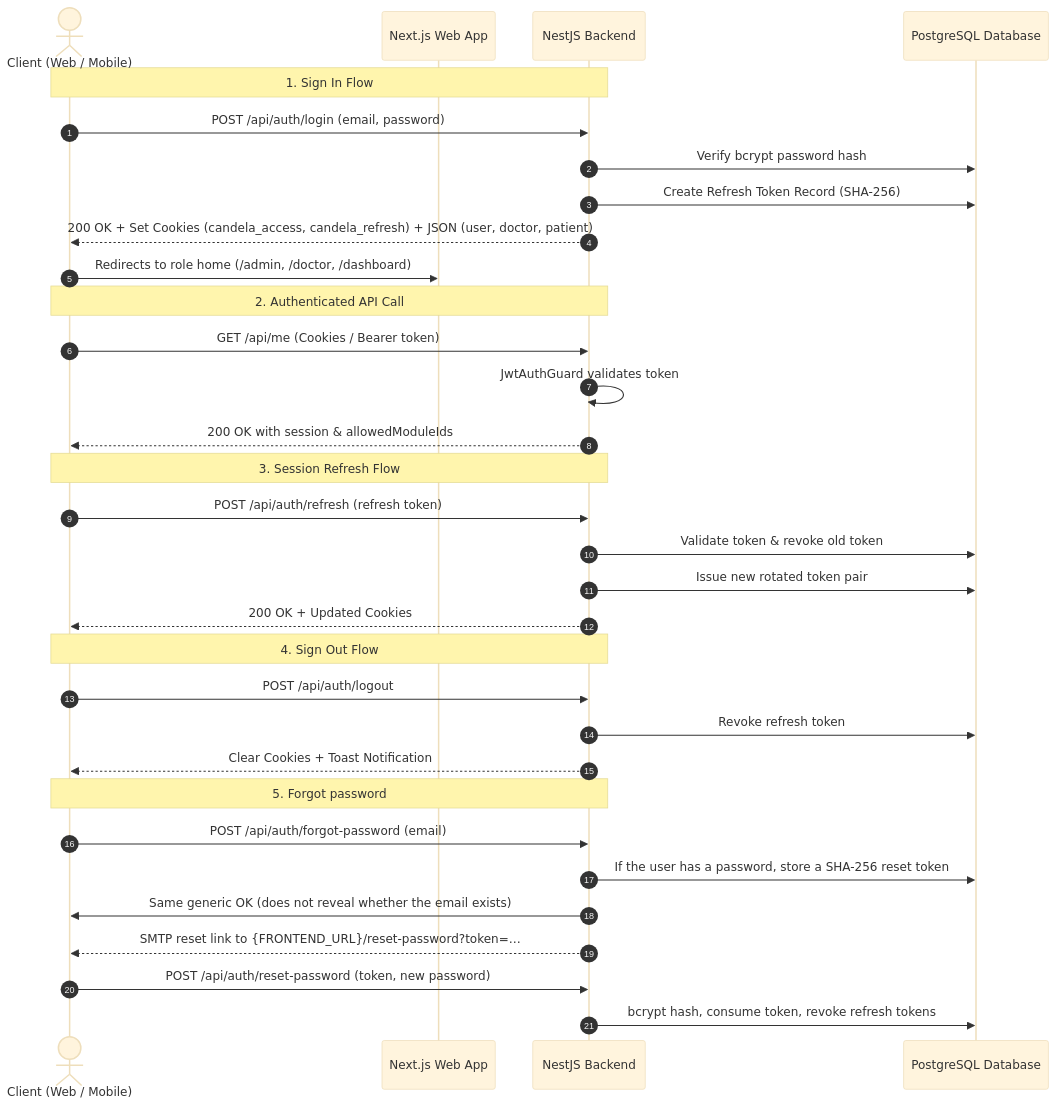
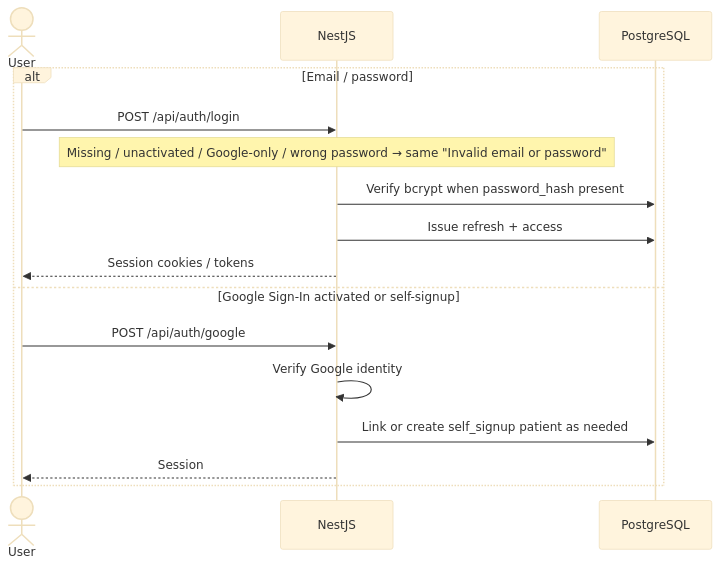
The second of 6 diagrams in docs/AUTH_AND_ROLES_FLOW.md (candela-app/Candela), drawn with Mermaid (base theme) before and after one commit. The commit also changed other lines of this file and 150 other files, not shown here.

````diff
--- a/docs/AUTH_AND_ROLES_FLOW.md
+++ b/docs/AUTH_AND_ROLES_FLOW.md
@@ -36,39 +61,19 @@
 ```mermaid
 sequenceDiagram
-    autonumber
-    actor User as Client (Web / Mobile)
-    participant Next as Next.js Web App
-    participant Nest as NestJS Backend
-    participant DB as PostgreSQL Database
+  actor User
+  participant API as NestJS
+  participant DB as PostgreSQL
 
-    Note over User,Nest: 1. Sign In Flow
-    User->>Nest: POST /api/auth/login (email, password)
-    Nest->>DB: Verify bcrypt password hash
-    Nest->>DB: Create Refresh Token Record (SHA-256)
-    Nest-->>User: 200 OK + Set Cookies (candela_access, candela_refresh) + JSON (user, doctor, patient)
-    User->>Next: Redirects to role home (/admin, /doctor, /dashboard)
-
-    Note over User,Nest: 2. Authenticated API Call
-    User->>Nest: GET /api/me (Cookies / Bearer token)
-    Nest->>Nest: JwtAuthGuard validates token
-    Nest-->>User: 200 OK with session & allowedModuleIds
-
-    Note over User,Nest: 3. Session Refresh Flow
-    User->>Nest: POST /api/auth/refresh (refresh token)
-    Nest->>DB: Validate token & revoke old token
-    Nest->>DB: Issue new rotated token pair
-    Nest-->>User: 200 OK + Updated Cookies
-
-    Note over User,Nest: 4. Sign Out Flow
-    User->>Nest: POST /api/auth/logout
-    Nest->>DB: Revoke refresh token
-    Nest-->>User: Clear Cookies + Toast Notification
-
-    Note over User,Nest: 5. Forgot password
-    User->>Nest: POST /api/auth/forgot-password (email)
-    Nest->>DB: If the user has a password, store a SHA-256 reset token
-    Nest->>User: Same generic OK (does not reveal whether the email exists)
-    Nest-->>User: SMTP reset link to {FRONTEND_URL}/reset-password?token=…
-    User->>Nest: POST /api/auth/reset-password (token, new password)
-    Nest->>DB: bcrypt hash, consume token, revoke refresh tokens
+  alt Email / password
+    User->>API: POST /api/auth/login
+    Note over API: Missing / unactivated / Google-only / wrong password → same "Invalid email or password"
+    API->>DB: Verify bcrypt when password_hash present
+    API->>DB: Issue refresh + access
+    API-->>User: Session cookies / tokens
+  else Google Sign-In activated or self-signup
+    User->>API: POST /api/auth/google
+    API->>API: Verify Google identity
+    API->>DB: Link or create self_signup patient as needed
+    API-->>User: Session
+  end
 ```
````
